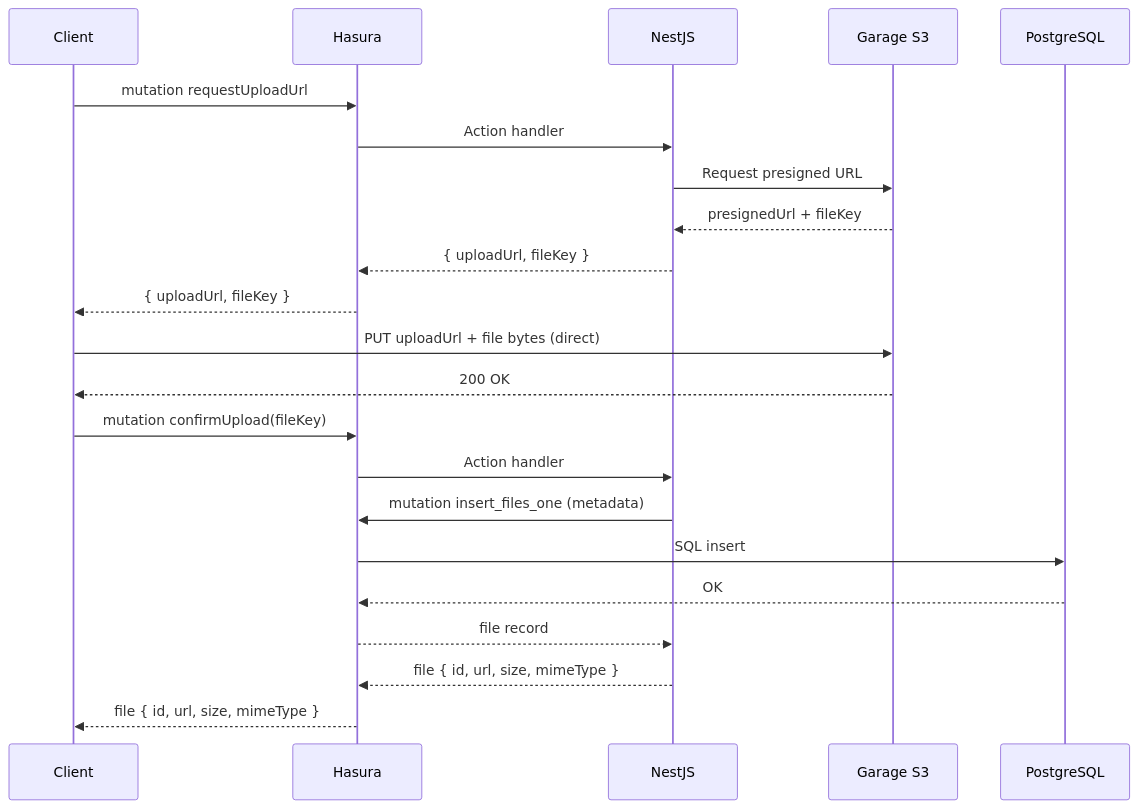
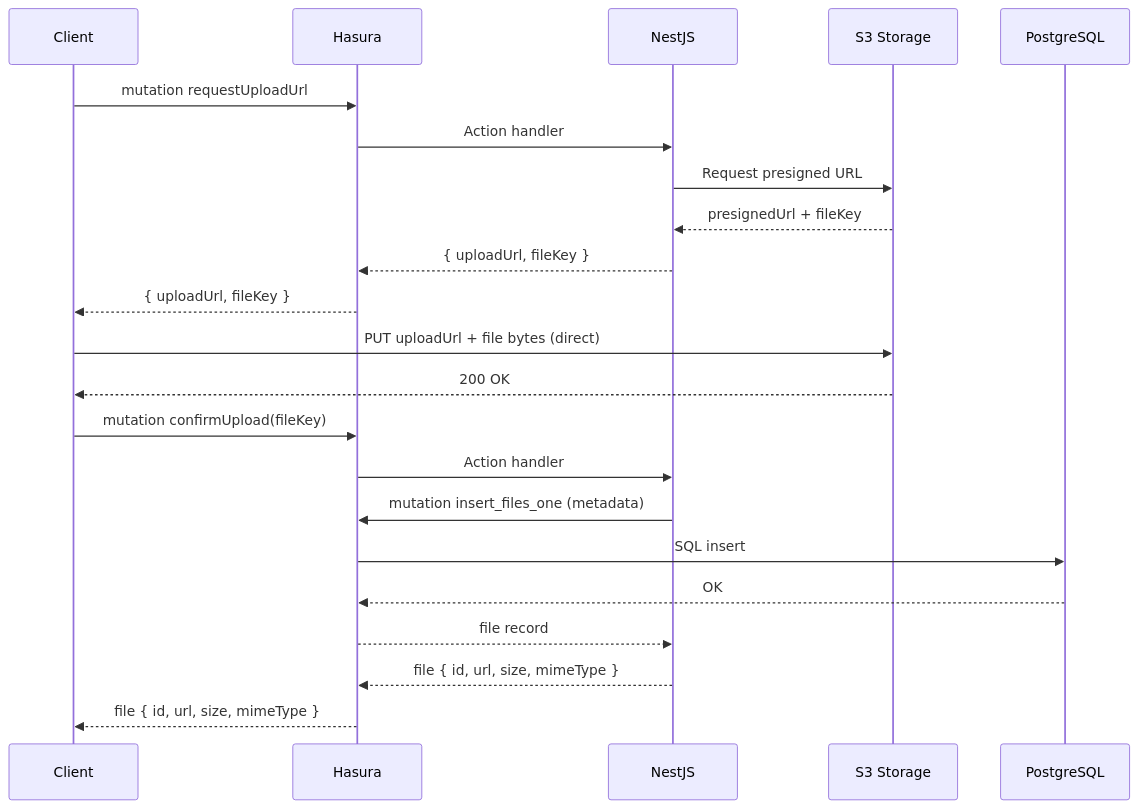
The fifth of 6 diagrams in docs/architecture.md (leqtrungit/stratum), drawn with Mermaid before and after one commit. The commit also changed other lines of this file and 5 other files, not shown here.

````diff
--- a/docs/architecture.md
+++ b/docs/architecture.md
@@ -165,27 +165,27 @@
 ```mermaid
 sequenceDiagram
     participant C as Client
     participant H as Hasura
     participant N as NestJS
-    participant G as Garage S3
+    participant G as S3 Storage
     participant P as PostgreSQL
 
     C->>H: mutation requestUploadUrl
     H->>N: Action handler
     N->>G: Request presigned URL
     G-->>N: presignedUrl + fileKey
     N-->>H: { uploadUrl, fileKey }
     H-->>C: { uploadUrl, fileKey }
 
     C->>G: PUT uploadUrl + file bytes (direct)
     G-->>C: 200 OK
 
     C->>H: mutation confirmUpload(fileKey)
     H->>N: Action handler
     N->>H: mutation insert_files_one (metadata)
     H->>P: SQL insert
     P-->>H: OK
     H-->>N: file record
     N-->>H: file { id, url, size, mimeType }
     H-->>C: file { id, url, size, mimeType }
 ```
````
